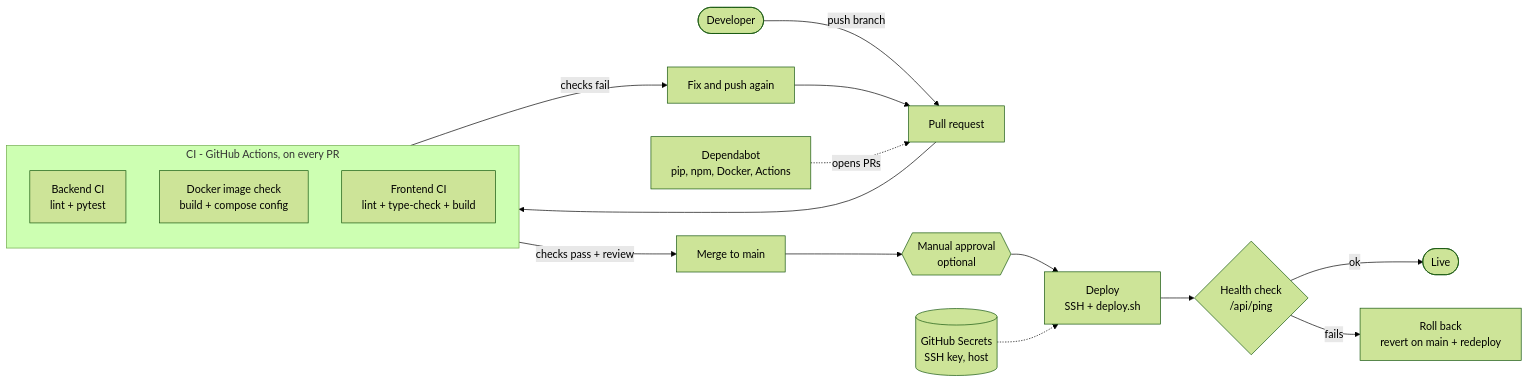
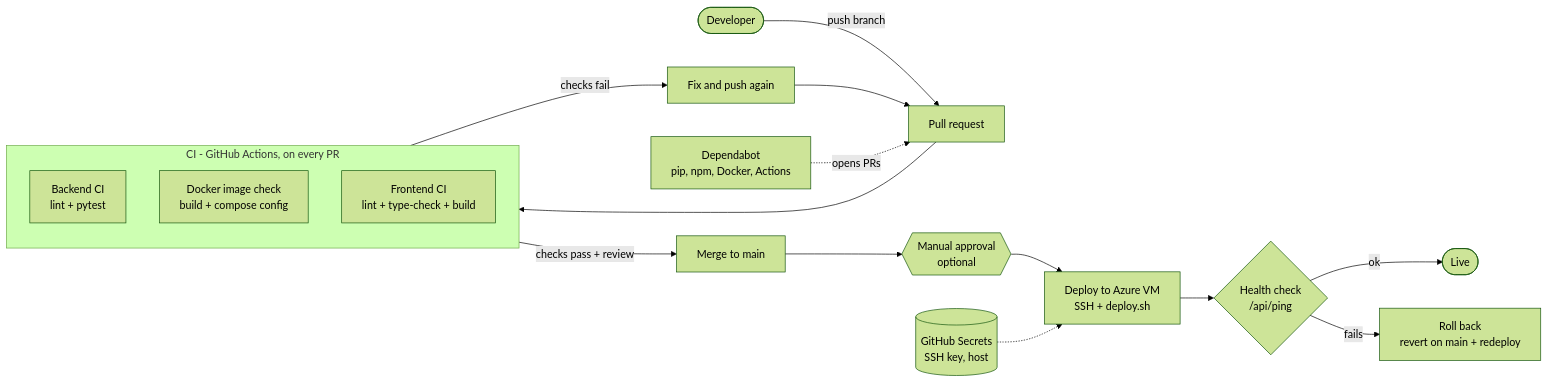
Before and after one commit to Wojtke7/metodyki_projektow_cbz: the diagram in docs/tech-stack/ci-cd.md, drawn with Mermaid (forest theme). The commit also changed other lines of this file and 1 other file, not shown here.

Commit message:
docs: note Azure VM as deployment target, replace EC2

````diff
--- a/docs/tech-stack/ci-cd.md
+++ b/docs/tech-stack/ci-cd.md
@@ -55,25 +69,25 @@
 ```mermaid
 flowchart LR
     dev([Developer]) -->|push branch| pr[Pull request]
 
     subgraph ci [CI - GitHub Actions, on every PR]
         direction TB
         be[Backend CI<br/>lint + pytest]
         img[Docker image check<br/>build + compose config]
         fe[Frontend CI<br/>lint + type-check + build]
     end
 
     pr --> ci
     ci -->|checks fail| fix[Fix and push again]
     fix --> pr
     ci -->|checks pass + review| merge[Merge to main]
 
     merge --> approval{{Manual approval<br/>optional}}
-    approval --> deploy[Deploy<br/>SSH + deploy.sh]
+    approval --> deploy[Deploy to Azure VM<br/>SSH + deploy.sh]
     deploy --> health{Health check<br/>/api/ping}
     health -->|ok| done([Live])
     health -->|fails| rollback[Roll back<br/>revert on main + redeploy]
 
     secrets[(GitHub Secrets<br/>SSH key, host)] -.-> deploy
     deps[Dependabot<br/>pip, npm, Docker, Actions] -.->|opens PRs| pr
 ```
````
